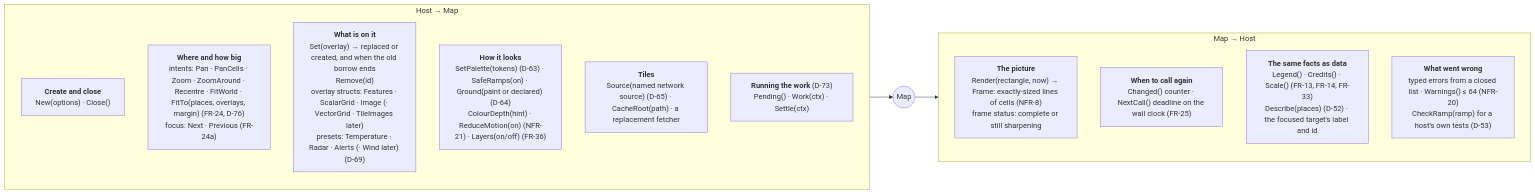
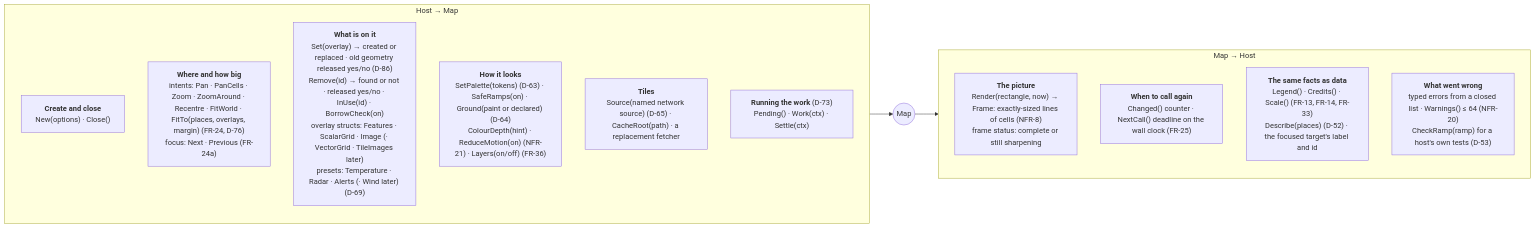
One commit to branden-thompson/go-tuimaps changed the third of 3 diagrams in 06_docs/02_features/go-tuimaps/03-architecture-design/architecture.md. Above: the diagram before and after it, drawn with Mermaid. The commit also changed 7 other files, not shown here.

````diff
--- a/06_docs/02_features/go-tuimaps/03-architecture-design/architecture.md
+++ b/06_docs/02_features/go-tuimaps/03-architecture-design/architecture.md
@@ -188,20 +188,20 @@
 ```mermaid
 flowchart LR
     subgraph IN["Host → Map"]
       direction TB
       A1["<b>Create and close</b><br/>New(options) · Close()"]
       A2["<b>Where and how big</b><br/>intents: Pan · PanCells · Zoom · ZoomAround · Recentre · FitWorld · FitTo(places, overlays, margin) (FR-24, D-76)<br/>focus: Next · Previous (FR-24a)"]
-      A3["<b>What is on it</b><br/>Set(overlay) → replaced or created, and when the old borrow ends<br/>Remove(id)<br/>overlay structs: Features · ScalarGrid · Image (· VectorGrid · TileImages later)<br/>presets: Temperature · Radar · Alerts (· Wind later) (D-69)"]
+      A3["<b>What is on it</b><br/>Set(overlay) → created or replaced · old geometry released yes/no (D-86)<br/>Remove(id) → found or not · released yes/no · InUse(id) · BorrowCheck(on)<br/>overlay structs: Features · ScalarGrid · Image (· VectorGrid · TileImages later)<br/>presets: Temperature · Radar · Alerts (· Wind later) (D-69)"]
       A4["<b>How it looks</b><br/>SetPalette(tokens) (D-63) · SafeRamps(on) · Ground(paint or declared) (D-64)<br/>ColourDepth(hint) · ReduceMotion(on) (NFR-21) · Layers(on/off) (FR-36)"]
       A5["<b>Tiles</b><br/>Source(named network source) (D-65) · CacheRoot(path) · a replacement fetcher"]
       A6["<b>Running the work</b> (D-73)<br/>Pending() · Work(ctx) · Settle(ctx)"]
     end
     subgraph OUTB["Map → Host"]
       direction TB
       B1["<b>The picture</b><br/>Render(rectangle, now) → Frame: exactly-sized lines of cells (NFR-8)<br/>frame status: complete or still sharpening"]
       B2["<b>When to call again</b><br/>Changed() counter · NextCall() deadline on the wall clock (FR-25)"]
       B3["<b>The same facts as data</b><br/>Legend() · Credits() · Scale() (FR-13, FR-14, FR-33)<br/>Describe(places) (D-52) · the focused target's label and id"]
       B4["<b>What went wrong</b><br/>typed errors from a closed list · Warnings() ≤ 64 (NFR-20)<br/>CheckRamp(ramp) for a host's own tests (D-53)"]
     end
     IN --> M((Map)) --> OUTB
 ```
````
